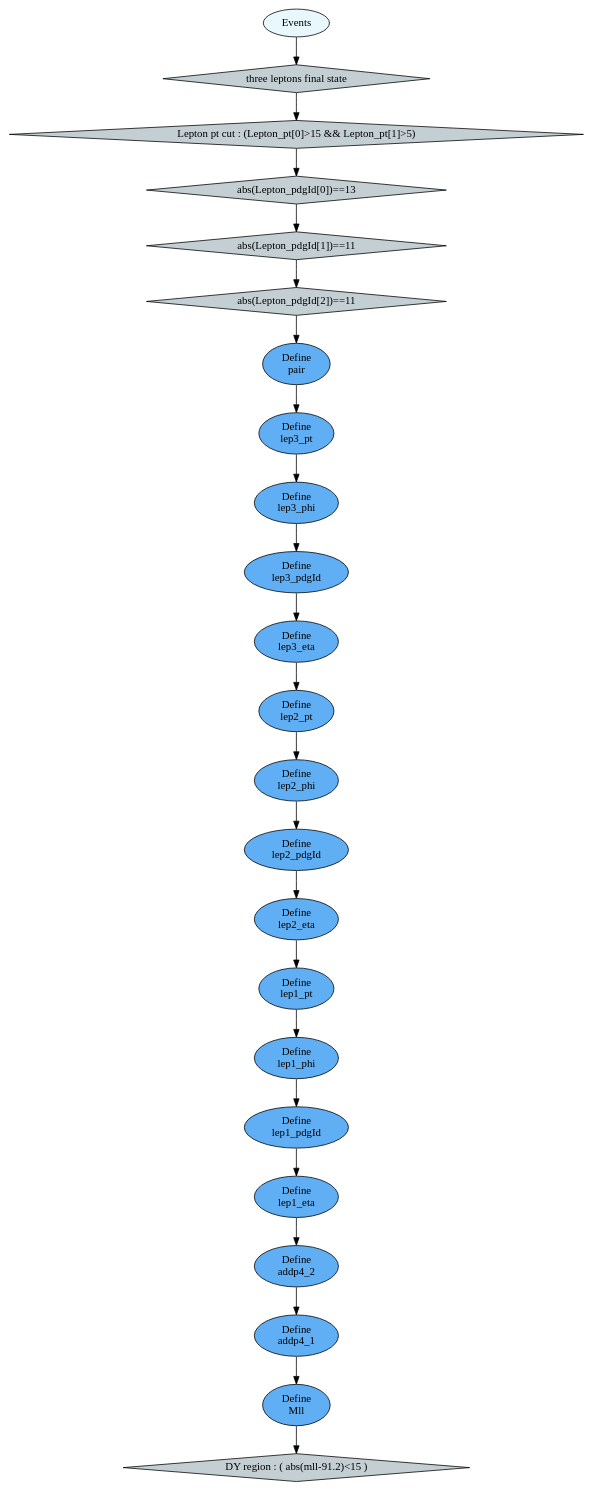
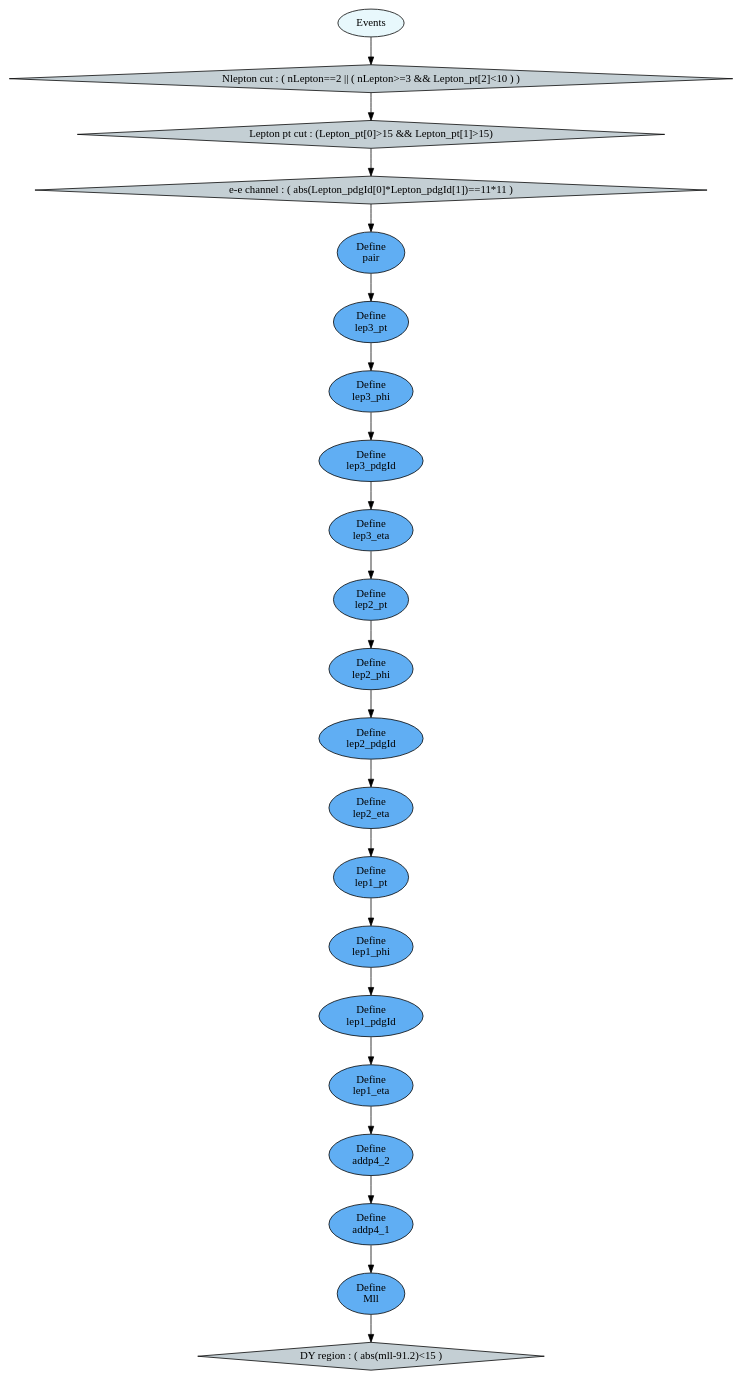
The diagram in ntuple/graph_flip.dot (NTrevisani/NanoFlipper), drawn with Graphviz before and after one commit. The commit also changed 3 other files, not shown here.

```diff
--- a/ntuple/graph_flip.dot
+++ b/ntuple/graph_flip.dot
@@ -1,63 +1,59 @@
 digraph {
-	7 [label="DY region : ( abs(mll-91.2)<15 )", style="filled", fillcolor="#c4cfd4", shape="diamond"];
+	5 [label="DY region : ( abs(mll-91.2)<15 )", style="filled", fillcolor="#c4cfd4", shape="diamond"];
+	6 [label="Define
+Mll", style="filled", fillcolor="#60aef3", shape="oval"];
+	7 [label="Define
+addp4_1", style="filled", fillcolor="#60aef3", shape="oval"];
 	8 [label="Define
-Mll", style="filled", fillcolor="#60aef3", shape="oval"];
+addp4_2", style="filled", fillcolor="#60aef3", shape="oval"];
 	9 [label="Define
-addp4_1", style="filled", fillcolor="#60aef3", shape="oval"];
+lep1_eta", style="filled", fillcolor="#60aef3", shape="oval"];
 	10 [label="Define
-addp4_2", style="filled", fillcolor="#60aef3", shape="oval"];
+lep1_pdgId", style="filled", fillcolor="#60aef3", shape="oval"];
 	11 [label="Define
-lep1_eta", style="filled", fillcolor="#60aef3", shape="oval"];
+lep1_phi", style="filled", fillcolor="#60aef3", shape="oval"];
 	12 [label="Define
-lep1_pdgId", style="filled", fillcolor="#60aef3", shape="oval"];
+lep1_pt", style="filled", fillcolor="#60aef3", shape="oval"];
 	13 [label="Define
-lep1_phi", style="filled", fillcolor="#60aef3", shape="oval"];
+lep2_eta", style="filled", fillcolor="#60aef3", shape="oval"];
 	14 [label="Define
-lep1_pt", style="filled", fillcolor="#60aef3", shape="oval"];
+lep2_pdgId", style="filled", fillcolor="#60aef3", shape="oval"];
 	15 [label="Define
-lep2_eta", style="filled", fillcolor="#60aef3", shape="oval"];
+lep2_phi", style="filled", fillcolor="#60aef3", shape="oval"];
 	16 [label="Define
-lep2_pdgId", style="filled", fillcolor="#60aef3", shape="oval"];
+lep2_pt", style="filled", fillcolor="#60aef3", shape="oval"];
 	17 [label="Define
-lep2_phi", style="filled", fillcolor="#60aef3", shape="oval"];
+lep3_eta", style="filled", fillcolor="#60aef3", shape="oval"];
 	18 [label="Define
-lep2_pt", style="filled", fillcolor="#60aef3", shape="oval"];
+lep3_pdgId", style="filled", fillcolor="#60aef3", shape="oval"];
 	19 [label="Define
-lep3_eta", style="filled", fillcolor="#60aef3", shape="oval"];
+lep3_phi", style="filled", fillcolor="#60aef3", shape="oval"];
 	20 [label="Define
-lep3_pdgId", style="filled", fillcolor="#60aef3", shape="oval"];
+lep3_pt", style="filled", fillcolor="#60aef3", shape="oval"];
 	21 [label="Define
-lep3_phi", style="filled", fillcolor="#60aef3", shape="oval"];
-	22 [label="Define
-lep3_pt", style="filled", fillcolor="#60aef3", shape="oval"];
-	23 [label="Define
 pair", style="filled", fillcolor="#60aef3", shape="oval"];
-	6 [label="abs(Lepton_pdgId[2])==11", style="filled", fillcolor="#c4cfd4", shape="diamond"];
-	5 [label="abs(Lepton_pdgId[1])==11", style="filled", fillcolor="#c4cfd4", shape="diamond"];
-	4 [label="abs(Lepton_pdgId[0])==13", style="filled", fillcolor="#c4cfd4", shape="diamond"];
-	3 [label="Lepton pt cut : (Lepton_pt[0]>15 && Lepton_pt[1]>5)", style="filled", fillcolor="#c4cfd4", shape="diamond"];
-	2 [label="three leptons final state", style="filled", fillcolor="#c4cfd4", shape="diamond"];
+	4 [label="e-e channel : ( abs(Lepton_pdgId[0]*Lepton_pdgId[1])==11*11 )", style="filled", fillcolor="#c4cfd4", shape="diamond"];
+	3 [label="Lepton pt cut : (Lepton_pt[0]>15 && Lepton_pt[1]>15)", style="filled", fillcolor="#c4cfd4", shape="diamond"];
+	2 [label="Nlepton cut : ( nLepton==2 || ( nLepton>=3 && Lepton_pt[2]<10 ) )", style="filled", fillcolor="#c4cfd4", shape="diamond"];
 	0 [label="Events", style="filled", fillcolor="#e8f8fc", shape="oval"];
+	6 -> 5;
+	7 -> 6;
 	8 -> 7;
 	9 -> 8;
 	10 -> 9;
 	11 -> 10;
 	12 -> 11;
 	13 -> 12;
 	14 -> 13;
 	15 -> 14;
 	16 -> 15;
 	17 -> 16;
 	18 -> 17;
 	19 -> 18;
 	20 -> 19;
 	21 -> 20;
-	22 -> 21;
-	23 -> 22;
-	6 -> 23;
-	5 -> 6;
-	4 -> 5;
+	4 -> 21;
 	3 -> 4;
 	2 -> 3;
 	0 -> 2;
 }
```
